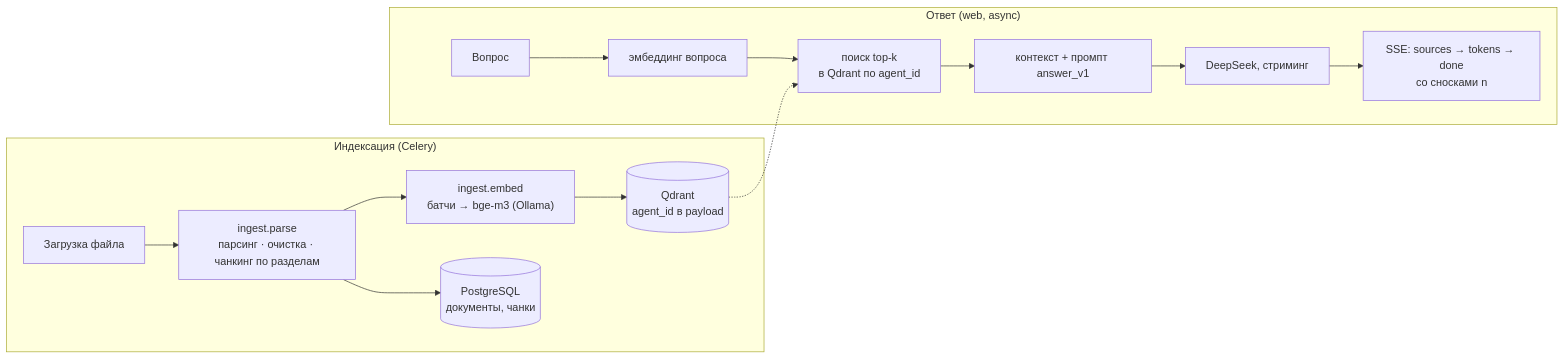
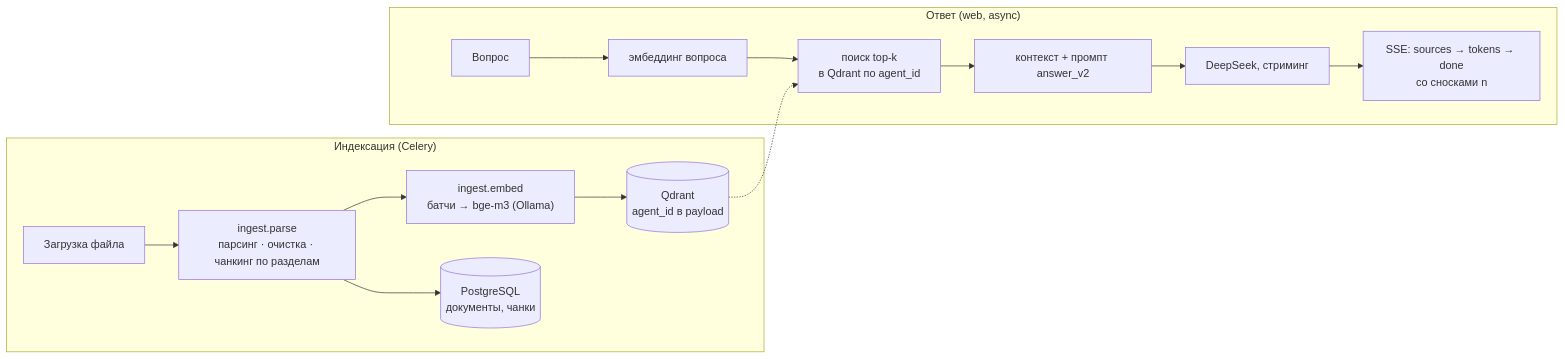
Before and after one commit to Gegirhasut/rag-agents: the diagram in README.ru.md, drawn with Mermaid. The commit also changed 15 other files, not shown here.

````diff
--- a/README.ru.md
+++ b/README.ru.md
@@ -66,15 +66,15 @@
 ```mermaid
 flowchart LR
     subgraph Ingest["Индексация (Celery)"]
         U[Загрузка файла] --> P["ingest.parse<br/>парсинг · очистка · чанкинг по разделам"]
         P --> E["ingest.embed<br/>батчи → bge-m3 (Ollama)"]
         E --> Q[(Qdrant<br/>agent_id в payload)]
         P --> PG[(PostgreSQL<br/>документы, чанки)]
     end
     subgraph Query["Ответ (web, async)"]
         A[Вопрос] --> QE[эмбеддинг вопроса] --> S[поиск top-k<br/>в Qdrant по agent_id]
-        S --> C[контекст + промпт answer_v1] --> L[DeepSeek, стриминг]
+        S --> C[контекст + промпт answer_v2] --> L[DeepSeek, стриминг]
         L --> SSE[SSE: sources → tokens → done<br/>со сносками n]
     end
     Q -.-> S
 ```
````
